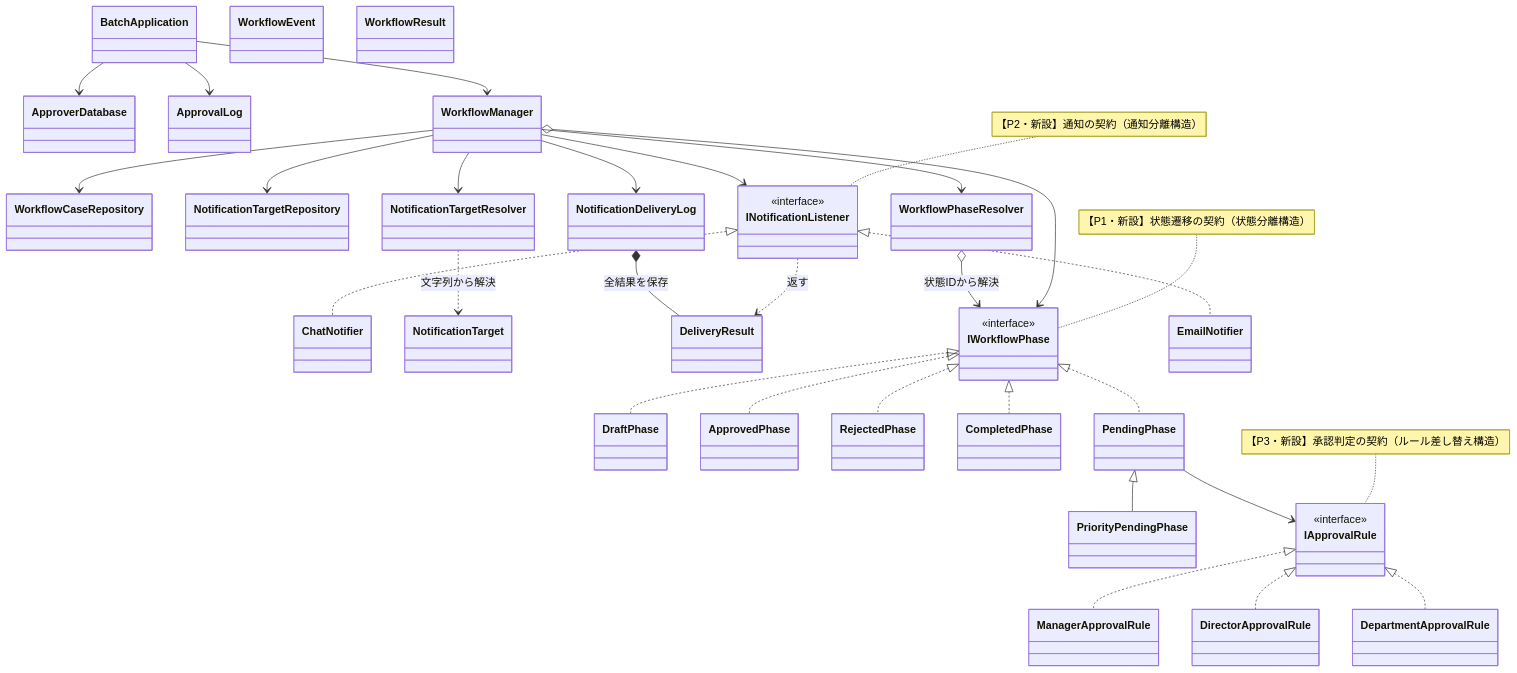
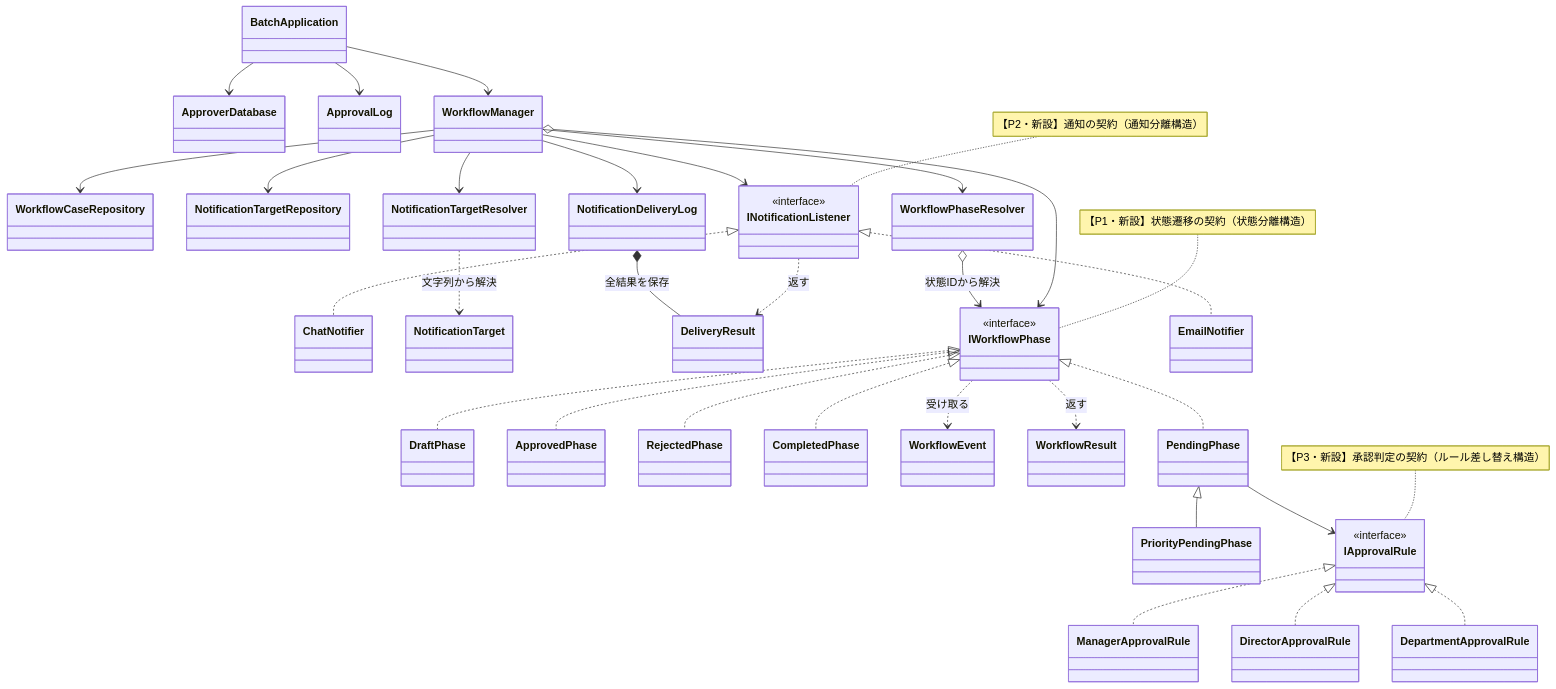
Diagram 11 of 17 in kindle/design-patterns/output/chapter12.md (kumachan1101-pixel/DesignPattern), drawn with Mermaid before and after one commit. The commit also changed other lines of this file and 9 other files, not shown here.

First line of the commit message:
クラス図の全クラス接続化：第0章の浮きクラス容認規約を撤廃し全図の孤立ノードを解消

````diff
--- a/kindle/design-patterns/output/chapter12.md
+++ b/kindle/design-patterns/output/chapter12.md
@@ -1151,63 +1151,65 @@
 ```mermaid
 classDiagram
     class DraftPhase
     class ApprovedPhase
     class RejectedPhase
     class CompletedPhase
     class DirectorApprovalRule
     class DepartmentApprovalRule
     class ApproverDatabase
     class WorkflowCaseRepository
     class NotificationTargetRepository
     class ChatNotifier
     class ApprovalLog
     class BatchApplication
     class WorkflowEvent
     class WorkflowResult
     class NotificationTarget
     class DeliveryResult
     class WorkflowManager
     class WorkflowPhaseResolver
     class NotificationTargetResolver
     class NotificationDeliveryLog
     class IWorkflowPhase { <<interface>> }
     class PendingPhase
     class PriorityPendingPhase
     class IApprovalRule { <<interface>> }
     class ManagerApprovalRule
     class INotificationListener { <<interface>> }
     class EmailNotifier
     WorkflowManager o--> IWorkflowPhase
+    IWorkflowPhase ..> WorkflowEvent : 受け取る
+    IWorkflowPhase ..> WorkflowResult : 返す
     IWorkflowPhase <|.. PendingPhase
     PendingPhase <|-- PriorityPendingPhase
     PendingPhase --> IApprovalRule
     IApprovalRule <|.. ManagerApprovalRule
     WorkflowManager --> INotificationListener
     WorkflowManager --> WorkflowPhaseResolver
     WorkflowManager --> NotificationTargetResolver
     WorkflowManager --> NotificationDeliveryLog
     WorkflowPhaseResolver o--> IWorkflowPhase : 状態IDから解決
     NotificationTargetResolver ..> NotificationTarget : 文字列から解決
     INotificationListener ..> DeliveryResult : 返す
     NotificationDeliveryLog *-- DeliveryResult : 全結果を保存
     INotificationListener <|.. EmailNotifier
     IWorkflowPhase <|.. DraftPhase
     IWorkflowPhase <|.. ApprovedPhase
     IWorkflowPhase <|.. RejectedPhase
     IWorkflowPhase <|.. CompletedPhase
     IApprovalRule <|.. DirectorApprovalRule
     IApprovalRule <|.. DepartmentApprovalRule
     WorkflowManager --> WorkflowCaseRepository
     WorkflowManager --> NotificationTargetRepository
     INotificationListener <|.. ChatNotifier
     BatchApplication --> WorkflowManager
     BatchApplication --> ApproverDatabase
     BatchApplication --> ApprovalLog
 
     note for IWorkflowPhase "【P1・新設】状態遷移の契約（状態分離構造）"
     note for INotificationListener "【P2・新設】通知の契約（通知分離構造）"
     note for IApprovalRule "【P3・新設】承認判定の契約（ルール差し替え構造）"
 
     classDef focus fill:#FFF2CC,stroke:#D6B656,stroke-width:2px,color:#222222
     cssClass "IWorkflowPhase,DraftPhase,PendingPhase,INotificationListener,EmailNotifier,IApprovalRule,ManagerApprovalRule,WorkflowPhaseResolver,NotificationTargetResolver,NotificationDeliveryLog" focus
 ```
````
